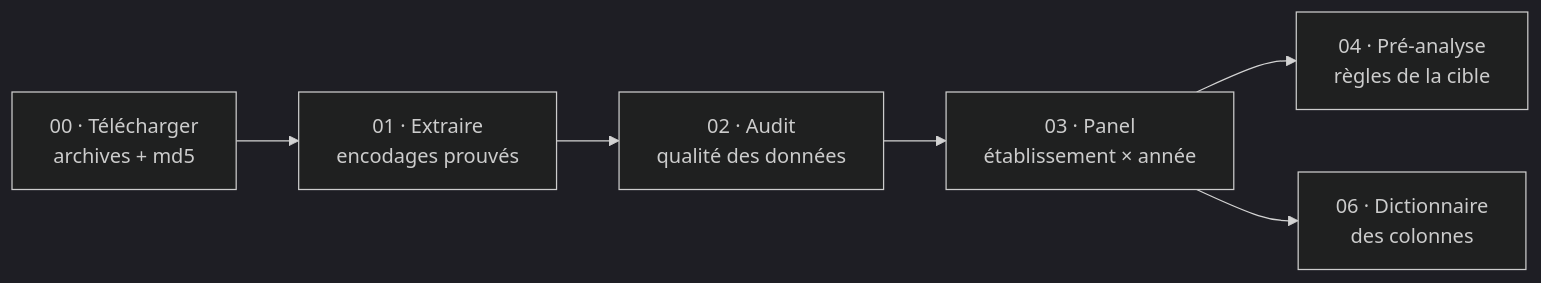
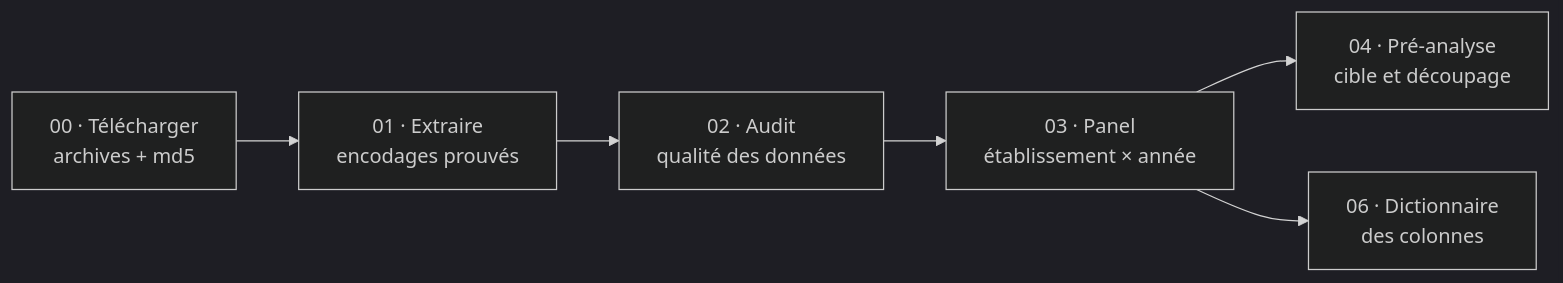
Before and after one commit to ousmane-soumah01/sae-decrochage-mco: the diagram in README.md, drawn with Mermaid (dark theme). The commit also changed other lines of this file and 4 other files, not shown here.

Commit message:
Découpage : passages exclus, années de test et règles d'évaluation

````diff
--- a/README.md
+++ b/README.md
@@ -86,8 +86,8 @@
 ```mermaid
 flowchart LR
     A["00 · Télécharger<br/>archives + md5"] --> B["01 · Extraire<br/>encodages prouvés"]
     B --> C["02 · Audit<br/>qualité des données"]
     C --> D["03 · Panel<br/>établissement × année"]
-    D --> E["04 · Pré-analyse<br/>règles de la cible"]
+    D --> E["04 · Pré-analyse<br/>cible et découpage"]
     D --> F["06 · Dictionnaire<br/>des colonnes"]
 ```
````
